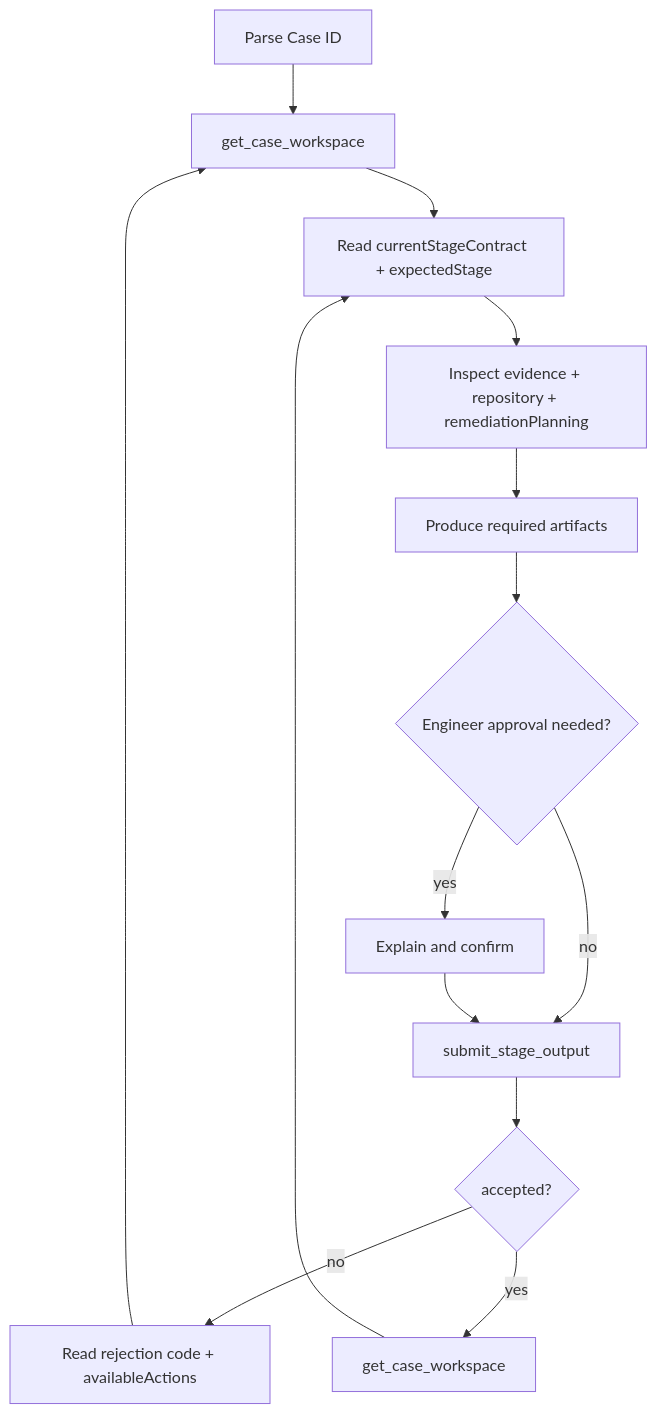
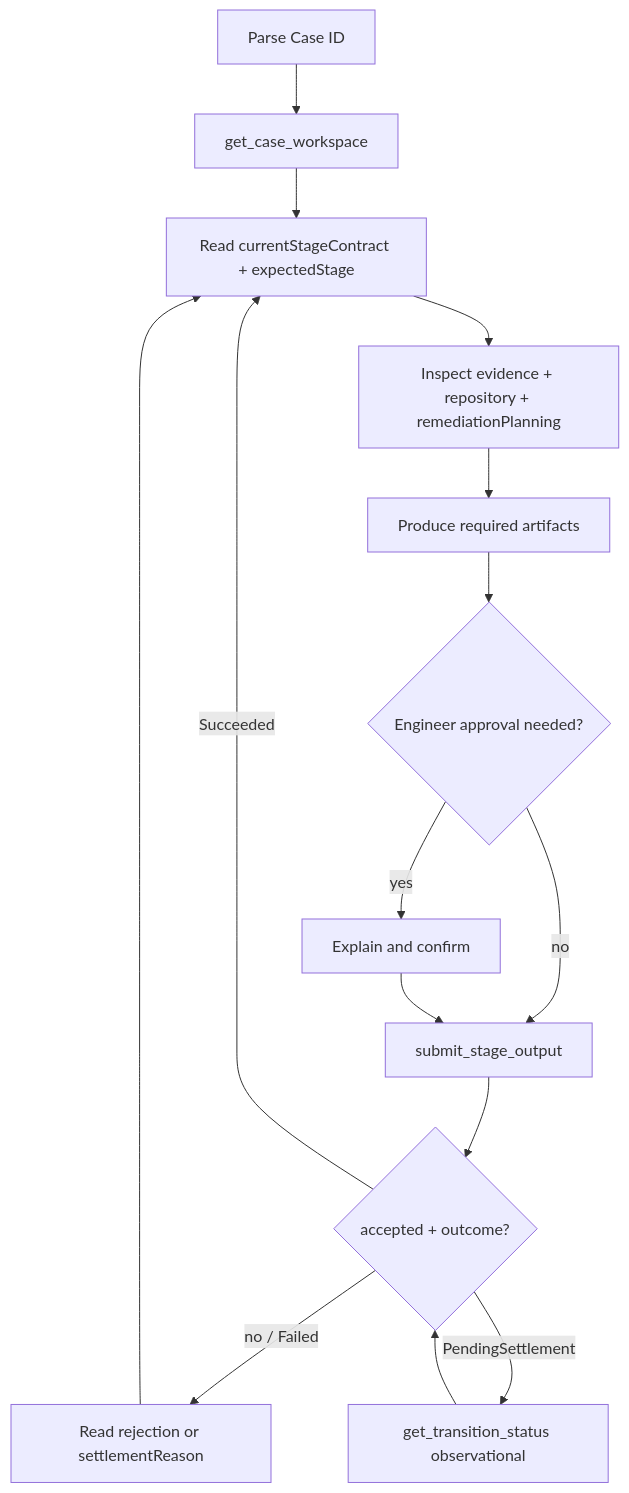
Before and after one commit to hubtel/ai-plugins: the diagram in plugins/hubtel-loop-engineering/skills/loop-engineering/SKILL.md, drawn with Mermaid. The commit also changed other lines of this file and 3 other files, not shown here.

````diff
--- a/plugins/hubtel-loop-engineering/skills/loop-engineering/SKILL.md
+++ b/plugins/hubtel-loop-engineering/skills/loop-engineering/SKILL.md
@@ -165,16 +165,17 @@
 ```mermaid
 flowchart TD
   A[Parse Case ID] --> B[get_case_workspace]
   B --> C[Read currentStageContract + expectedStage]
   C --> D[Inspect evidence + repository + remediationPlanning]
   D --> E[Produce required artifacts]
   E --> F{Engineer approval needed?}
   F -->|yes| G[Explain and confirm]
   F -->|no| H[submit_stage_output]
   G --> H
-  H --> I{accepted?}
-  I -->|no| J[Read rejection code + availableActions]
-  J --> B
-  I -->|yes| K[get_case_workspace]
-  K --> C
+  H --> I{accepted + outcome?}
+  I -->|no / Failed| J[Read rejection or settlementReason]
+  J --> C
+  I -->|PendingSettlement| P[get_transition_status observational]
+  P --> I
+  I -->|Succeeded| C
 ```
````
